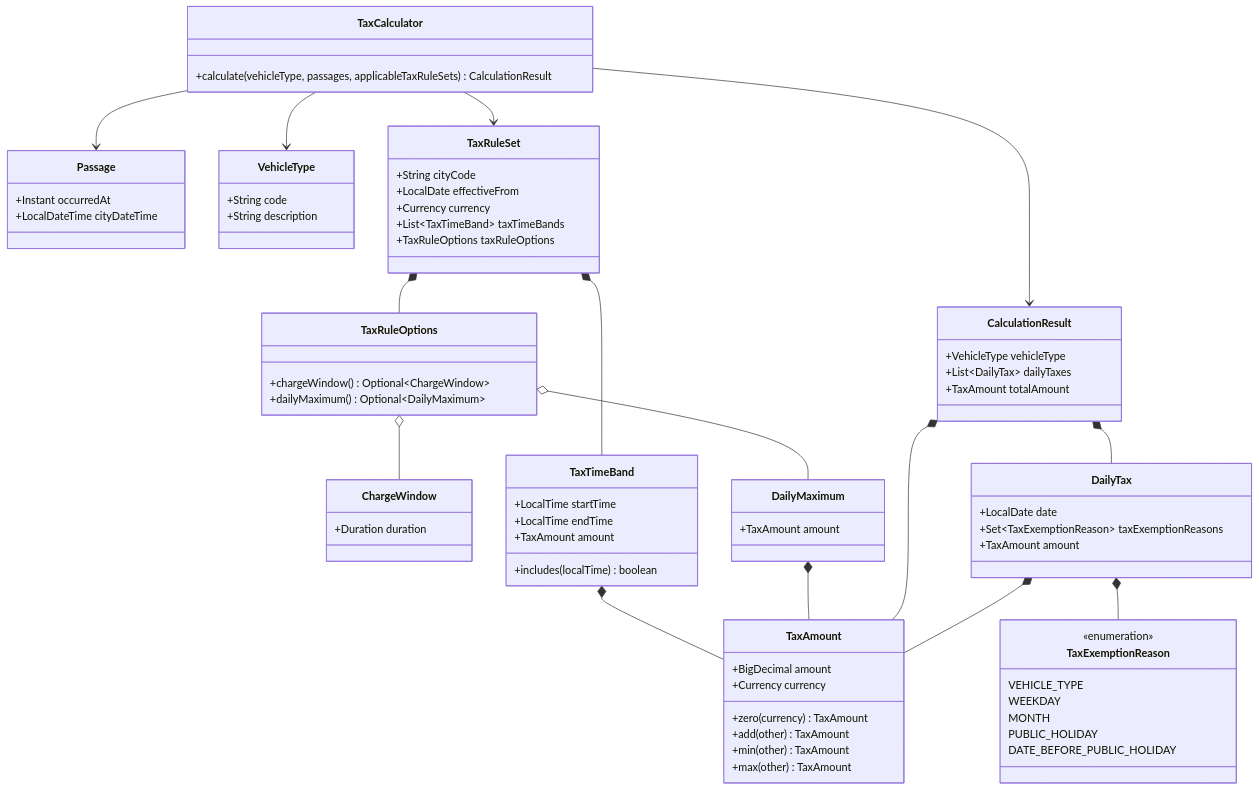
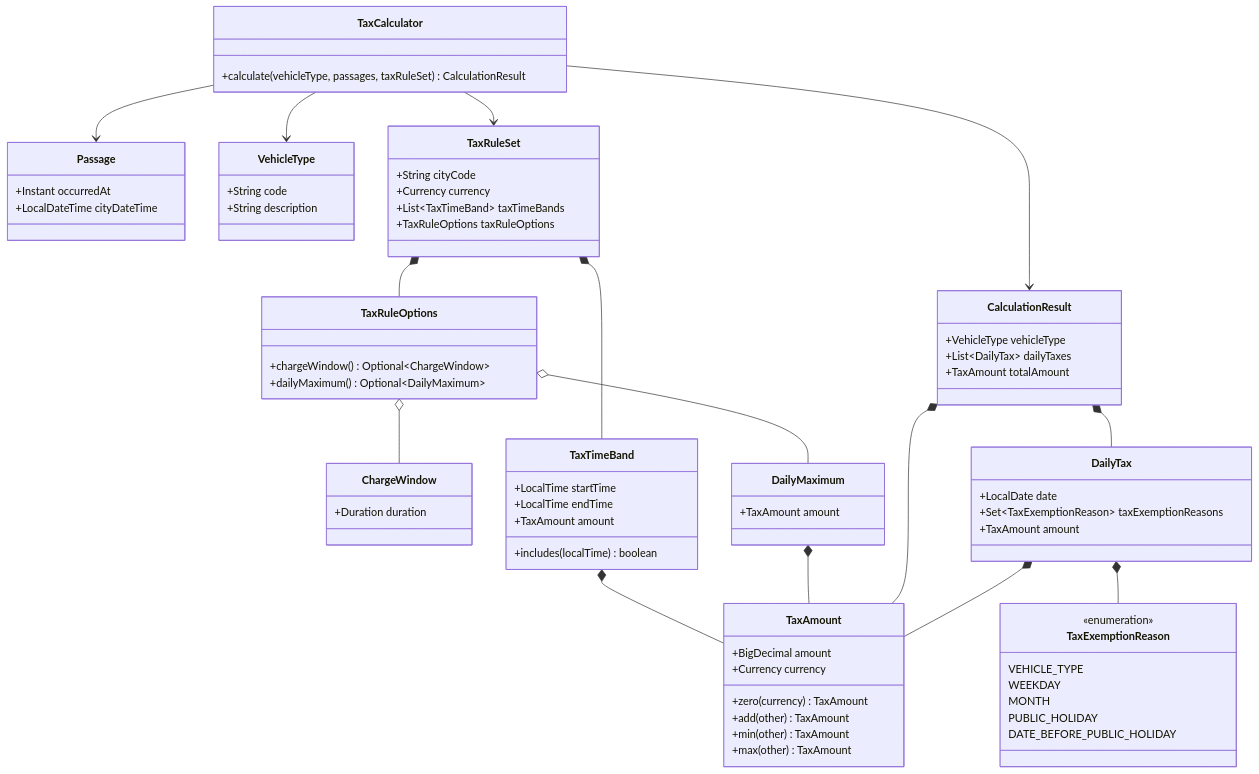
The diagram in docs/design/calculation.md (igrgin/congestion-tax-calculator), drawn with Mermaid before and after one commit. The commit also changed other lines of this file and 17 other files, not shown here.

Commit message:
Revise issue 5 design for one City Tax Rule Set

````diff
--- a/docs/design/calculation.md
+++ b/docs/design/calculation.md
@@ -94,7 +99,7 @@
 ```mermaid
 classDiagram
     class TaxCalculator {
-        +calculate(vehicleType, passages, applicableTaxRuleSets) CalculationResult
+        +calculate(vehicleType, passages, taxRuleSet) CalculationResult
     }
 
     class Passage {
@@ -109,7 +114,6 @@
 
     class TaxRuleSet {
         +String cityCode
-        +LocalDate effectiveFrom
         +Currency currency
         +List~TaxTimeBand~ taxTimeBands
         +TaxRuleOptions taxRuleOptions
````
